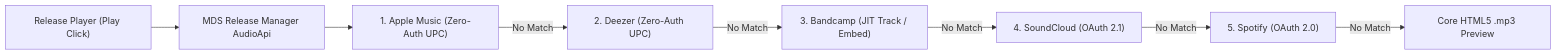
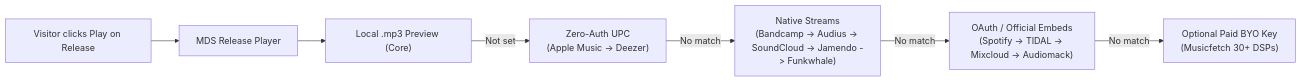
The diagram in USER-MANUAL.md (bwalton64/mds-audio-providers), drawn with Mermaid before and after one commit. The commit also changed other lines of this file and 28 other files, not shown here.

````diff
--- a/USER-MANUAL.md
+++ b/USER-MANUAL.md
@@ -22,10 +26,9 @@
 ```mermaid
 flowchart LR
-    Player["Release Player (Play Click)"] --> API["MDS Release Manager AudioApi"]
-    API --> P1["1. Apple Music (Zero-Auth UPC)"]
-    P1 -->|"No Match"| P2["2. Deezer (Zero-Auth UPC)"]
-    P2 -->|"No Match"| P3["3. Bandcamp (JIT Track / Embed)"]
-    P3 -->|"No Match"| P4["4. SoundCloud (OAuth 2.1)"]
-    P4 -->|"No Match"| P5["5. Spotify (OAuth 2.0)"]
-    P5 -->|"No Match"| Fallback["Core HTML5 .mp3 Preview"]
+    Visitor["Visitor clicks Play on Release"] --> Core["MDS Release Player"]
+    Core --> P1["Local .mp3 Preview (Core)"]
+    P1 -->|"Not set"| P2["Zero-Auth UPC\n(Apple Music -> Deezer)"]
+    P2 -->|"No match"| P3["Native Streams\n(Bandcamp -> Audius -> SoundCloud -> Jamendo -> Funkwhale)"]
+    P3 -->|"No match"| P4["OAuth / Official Embeds\n(Spotify -> TIDAL -> Mixcloud -> Audiomack)"]
+    P4 -->|"No match"| P5["Optional Paid BYO Key\n(Musicfetch 30+ DSPs)"]
 ```
````
